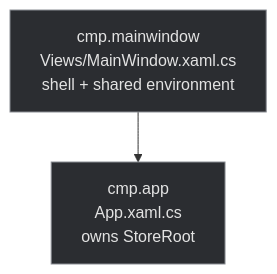
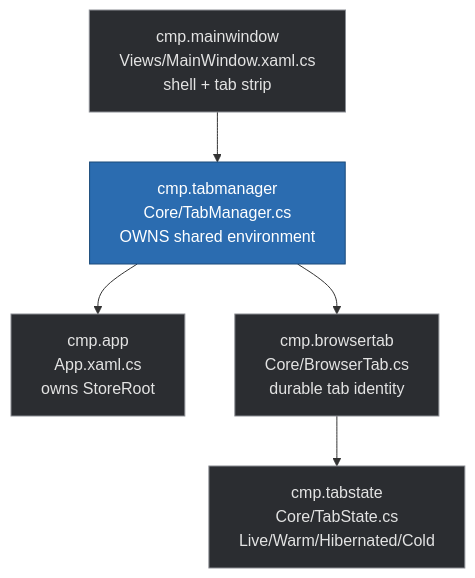
The second of 2 diagrams in docs/knowledge-graph.md (akashmannil/browser-optimize), drawn with Mermaid before and after one commit. The commit also changed other lines of this file and 10 other files, not shown here.

````diff
--- a/docs/knowledge-graph.md
+++ b/docs/knowledge-graph.md
@@ -109,10 +133,19 @@
 ```mermaid
 graph TD
   APP["cmp.app<br/>App.xaml.cs<br/>owns StoreRoot"]
-  MW["cmp.mainwindow<br/>Views/MainWindow.xaml.cs<br/>shell + shared environment"]
+  MW["cmp.mainwindow<br/>Views/MainWindow.xaml.cs<br/>shell + tab strip"]
+  TM["cmp.tabmanager<br/>Core/TabManager.cs<br/>OWNS shared environment"]
+  BT["cmp.browsertab<br/>Core/BrowserTab.cs<br/>durable tab identity"]
+  TS["cmp.tabstate<br/>Core/TabState.cs<br/>Live/Warm/Hibernated/Cold"]
 
-  MW --> APP
+  MW --> TM
+  TM --> APP
+  TM --> BT
+  BT --> TS
 
   style APP fill:#2B2D31,stroke:#8A8D93,color:#E3E3E3
-  style MW fill:#2B2D31,stroke:#8A8D93,color:#E3E3E3
+  style MW  fill:#2B2D31,stroke:#8A8D93,color:#E3E3E3
+  style TM  fill:#2B6CB0,stroke:#1a4a7a,color:#fff
+  style BT  fill:#2B2D31,stroke:#8A8D93,color:#E3E3E3
+  style TS  fill:#2B2D31,stroke:#8A8D93,color:#E3E3E3
 ```
````
